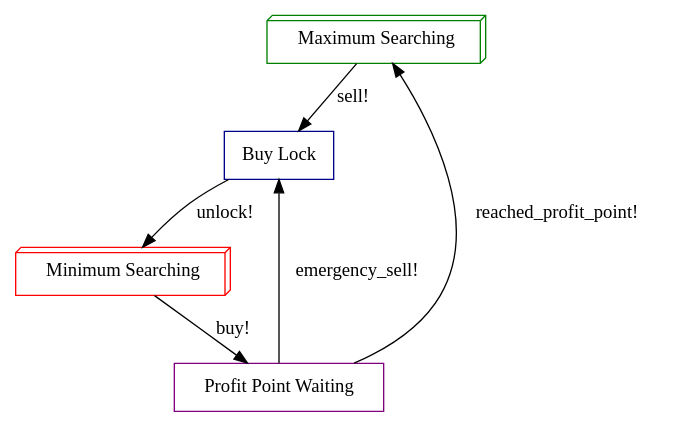
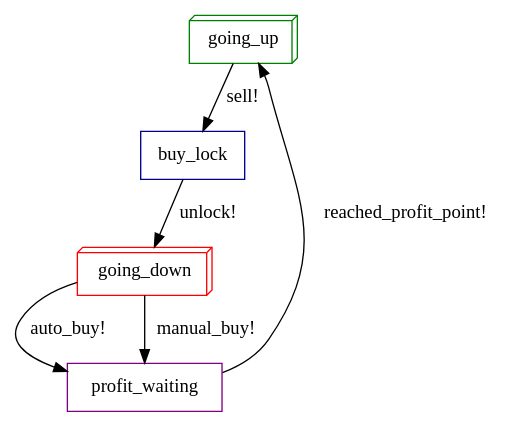
One commit to arthurkarganyan/captain-morpheus changed the diagram in state_machine.dot. Above: the diagram before and after it, drawn with Graphviz. The commit also changed 13 other files, not shown here.

```diff
--- a/state_machine.dot
+++ b/state_machine.dot
@@ -1,12 +1,12 @@
 digraph {
-    "Maximum Searching" -> "Buy Lock"[label="sell!"]
-    "Buy Lock" -> "Minimum Searching" [label="unlock!"]
-    "Minimum Searching" -> "Profit Point Waiting"  [label="buy!"]
-    "Profit Point Waiting" -> "Maximum Searching" [label="reached_profit_point!"]
-    "Profit Point Waiting" -> "Buy Lock" [label="emergency_sell!"]
+    "going_up" -> "buy_lock"[label="sell!"]
+    "buy_lock" -> "going_down" [label="unlock!"]
+    "going_down" -> "profit_waiting"  [label="auto_buy!"]
+    "going_down" -> "profit_waiting"  [label="manual_buy!"]
+    "profit_waiting" -> "going_up" [label="reached_profit_point!"]
 
-    "Maximum Searching" [shape=box3d, color=green];
-    "Minimum Searching" [shape=box3d, color=red];
-    "Buy Lock" [shape=box, color=blue4];
-    "Profit Point Waiting" [shape=box, color=purple];
+    "going_up" [shape=box3d, color=green];
+    "going_down" [shape=box3d, color=red];
+    "buy_lock" [shape=box, color=blue4];
+    "profit_waiting" [shape=box, color=purple];
 }
```
